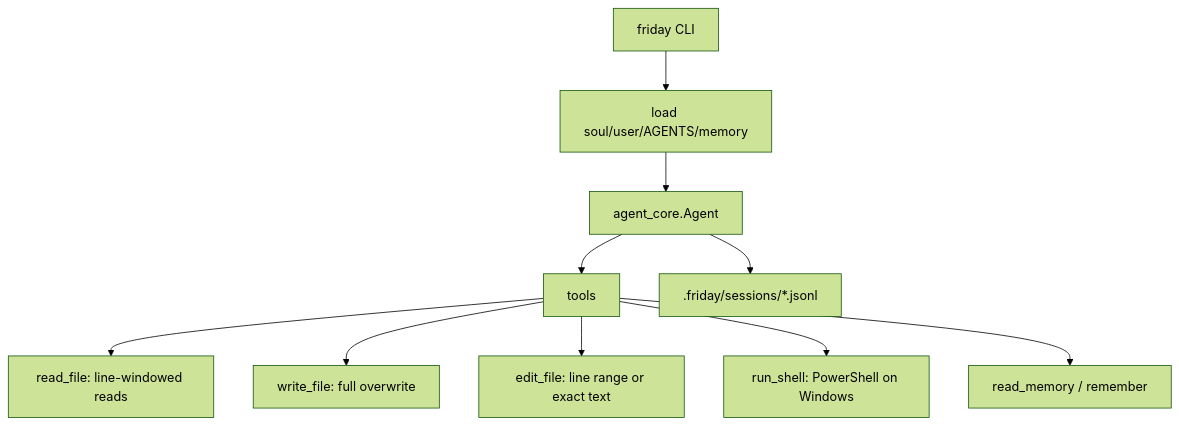
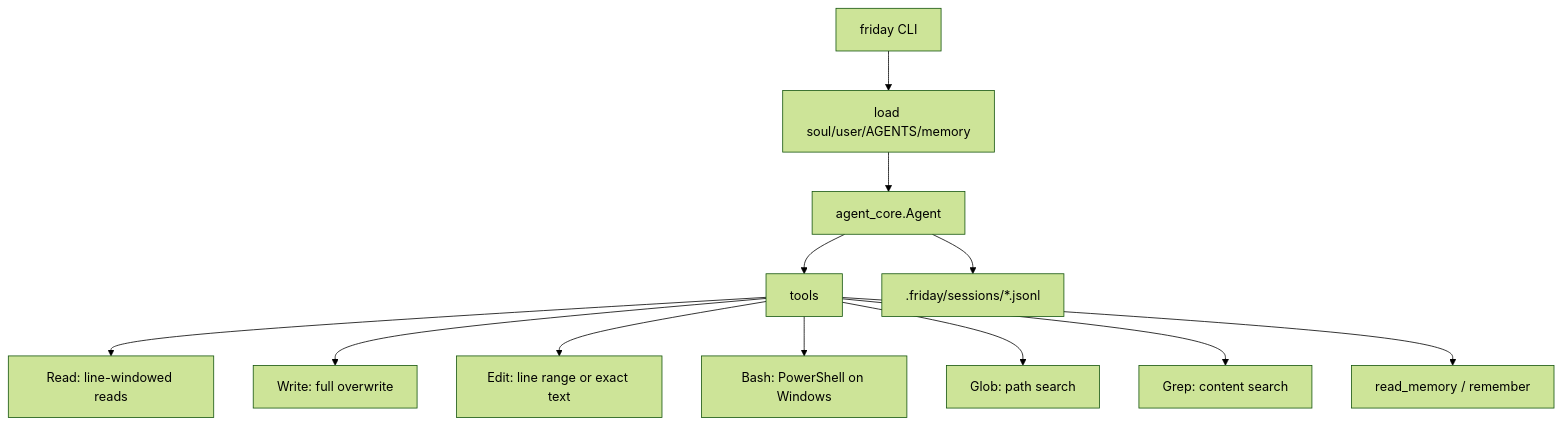
Before and after one commit to Lancetwang/friday: the diagram in README.md, drawn with Mermaid (forest theme). The commit also changed other lines of this file and 5 other files, not shown here.

````diff
--- a/README.md
+++ b/README.md
@@ -11,12 +11,14 @@
 ```mermaid
 flowchart TD
     CLI["friday CLI"] --> Loader["load soul/user/AGENTS/memory"]
     Loader --> Agent["agent_core.Agent"]
     Agent --> Tools["tools"]
-    Tools --> Read["read_file: line-windowed reads"]
-    Tools --> Write["write_file: full overwrite"]
-    Tools --> Edit["edit_file: line range or exact text"]
-    Tools --> Shell["run_shell: PowerShell on Windows"]
+    Tools --> Read["Read: line-windowed reads"]
+    Tools --> Write["Write: full overwrite"]
+    Tools --> Edit["Edit: line range or exact text"]
+    Tools --> Shell["Bash: PowerShell on Windows"]
+    Tools --> Glob["Glob: path search"]
+    Tools --> Grep["Grep: content search"]
     Tools --> Memory["read_memory / remember"]
     Agent --> Session[".friday/sessions/*.jsonl"]
 ```
````
